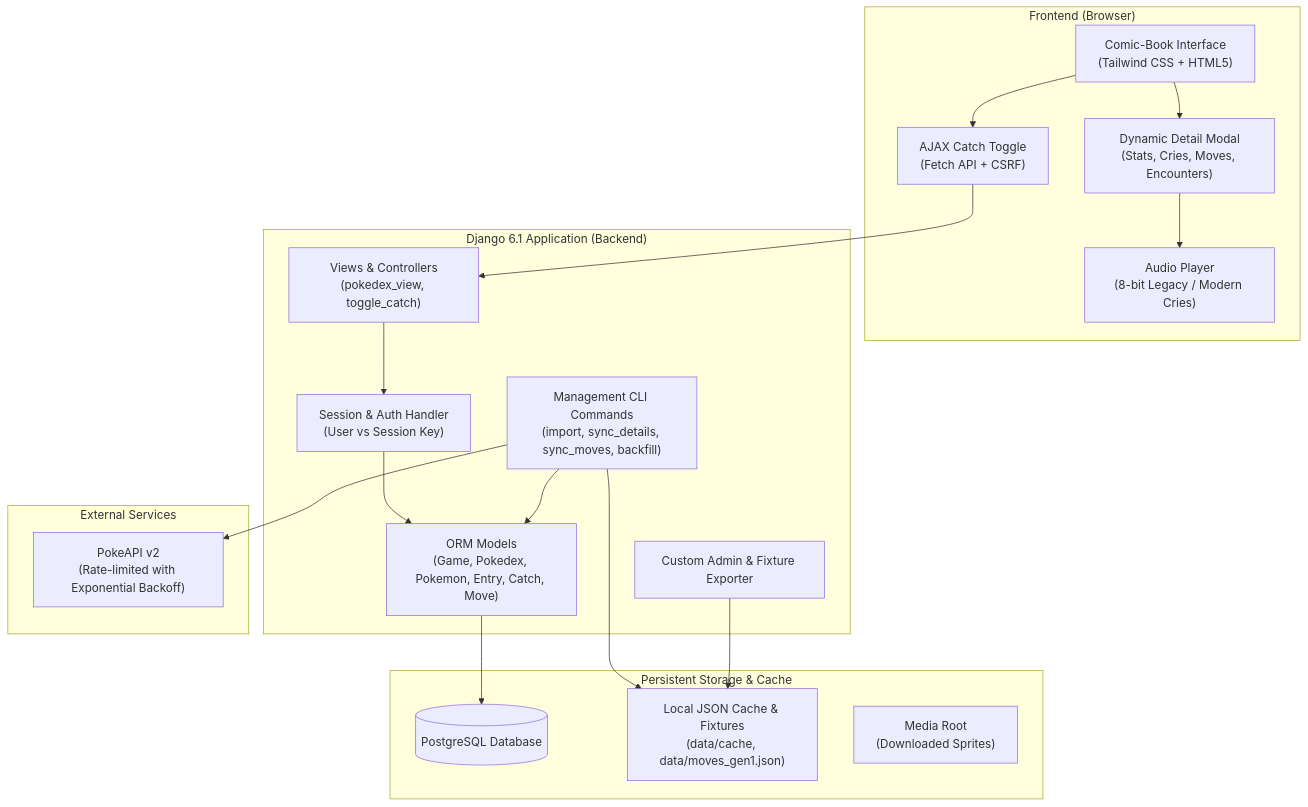
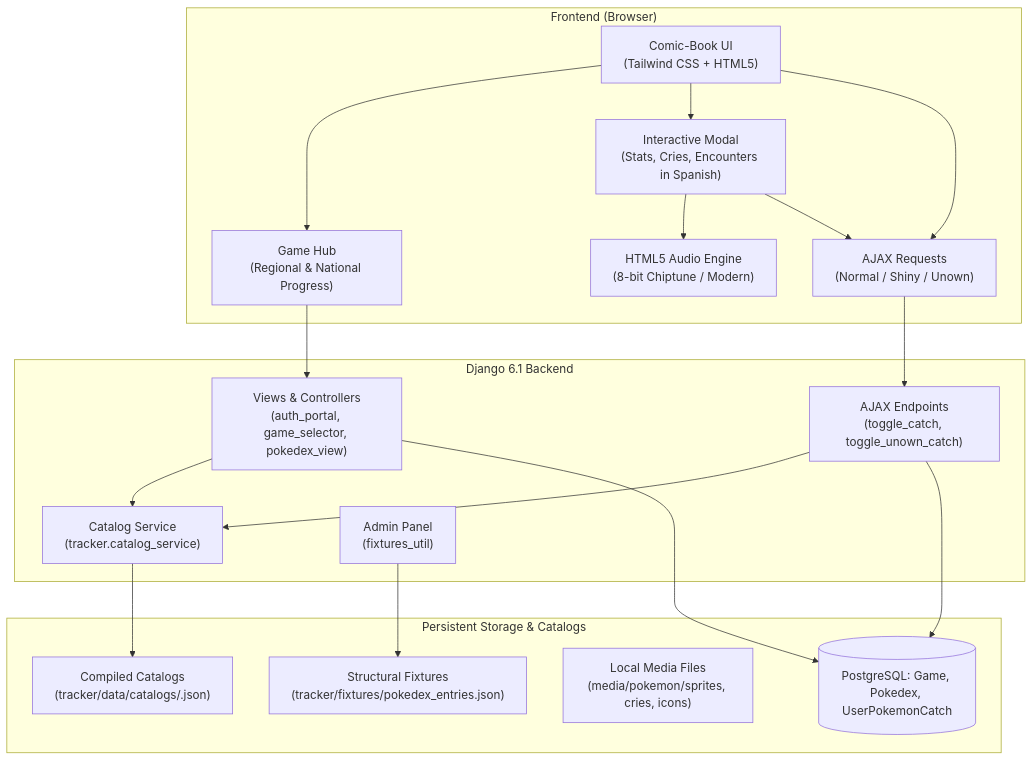
One commit to Gatozo/pokedexglobal changed the diagram in README.md. Above: the diagram before and after it, drawn with Mermaid. The commit also changed other lines of this file and 31 other files, not shown here.

````diff
--- a/README.md
+++ b/README.md
@@ -33,39 +42,42 @@
 ```mermaid
 flowchart TD
     subgraph Browser ["Frontend (Browser)"]
-        UI["Comic-Book Interface\n(Tailwind CSS + HTML5)"]
-        Modal["Dynamic Detail Modal\n(Stats, Cries, Moves, Encounters)"]
-        Audio["Audio Player\n(8-bit Legacy / Modern Cries)"]
-        Ajax["AJAX Catch Toggle\n(Fetch API + CSRF)"]
+        UI["Comic-Book UI\n(Tailwind CSS + HTML5)"]
+        Hub["Game Hub\n(Regional & National Progress)"]
+        Modal["Interactive Modal\n(Stats, Cries, Encounters in Spanish)"]
+        Audio["HTML5 Audio Engine\n(8-bit Chiptune / Modern)"]
+        Ajax["AJAX Requests\n(Normal / Shiny / Unown)"]
     end
 
-    subgraph DjangoApp ["Django 6.1 Application (Backend)"]
-        Views["Views & Controllers\n(pokedex_view, toggle_catch)"]
-        SessionAuth["Session & Auth Handler\n(User vs Session Key)"]
-        Models["ORM Models\n(Game, Pokedex, Pokemon, Entry, Catch, Move)"]
-        Admin["Custom Admin & Fixture Exporter"]
-        Mgmt["Management CLI Commands\n(import, sync_details, sync_moves, backfill)"]
+    subgraph Backend ["Django 6.1 Backend"]
+        Views["Views & Controllers\n(auth_portal, game_selector, pokedex_view)"]
+        AjaxEndpoints["AJAX Endpoints\n(toggle_catch, toggle_unown_catch)"]
+        CatService["Catalog Service\n(tracker.catalog_service)"]
+        AdminSite["Admin Panel\n(fixtures_util)"]
     end
 
-    subgraph Storage ["Persistent Storage & Cache"]
-        Postgres[(PostgreSQL Database)]
-        LocalCache["Local JSON Cache & Fixtures\n(data/cache, data/moves_gen1.json)"]
-        MediaFiles["Media Root\n(Downloaded Sprites)"]
+    subgraph Storage ["Persistent Storage & Catalogs"]
+        Postgres[(PostgreSQL: Game, Pokedex, UserPokemonCatch)]
+        CatalogsJSON["Compiled Catalogs\n(tracker/data/catalogs/<slug>.json)"]
+        MediaFiles["Local Media Files\n(media/pokemon/sprites, cries, icons)"]
+        FixturesJSON["Structural Fixtures\n(tracker/fixtures/pokedex_entries.json)"]
     end
 
-    subgraph External ["External Services"]
-        PokeAPI["PokeAPI v2\n(Rate-limited with Exponential Backoff)"]
-    end
-
-    UI --> Ajax
+    UI --> Hub
     UI --> Modal
     Modal --> Audio
-    Ajax --> Views
-    Views --> SessionAuth
-    SessionAuth --> Models
-    Models --> Postgres
-    Mgmt --> PokeAPI
-    Mgmt --> LocalCache
-    Mgmt --> Models
-    Admin --> LocalCache
+    UI --> Ajax
+
+    Hub --> Views
+    Modal --> Ajax
+    Ajax --> AjaxEndpoints
+
+    Views --> CatService
+    AjaxEndpoints --> CatService
+    CatService --> CatalogsJSON
+
+    Views --> Postgres
+    AjaxEndpoints --> Postgres
+
+    AdminSite --> FixturesJSON
 ```
````
